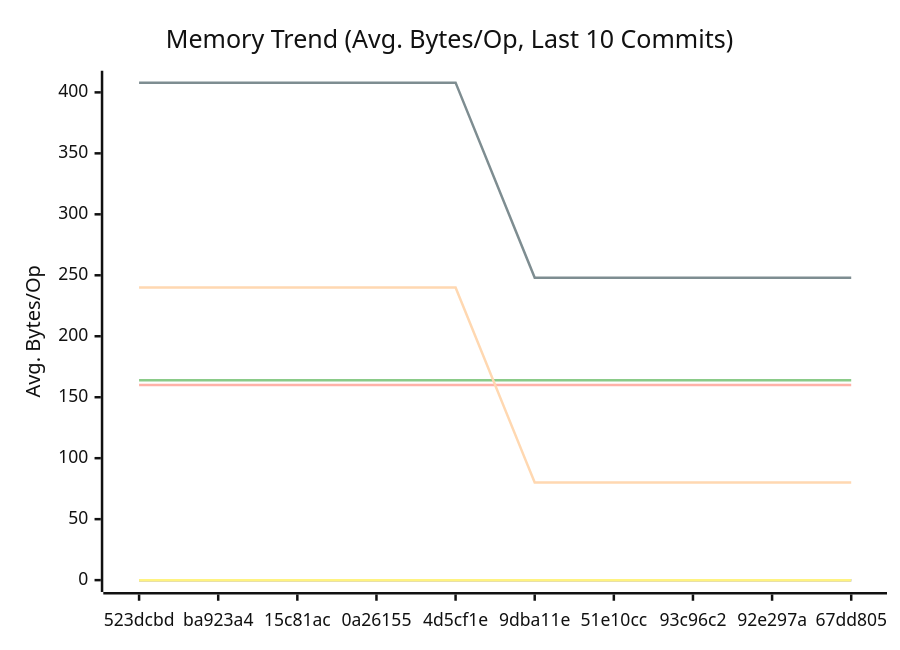
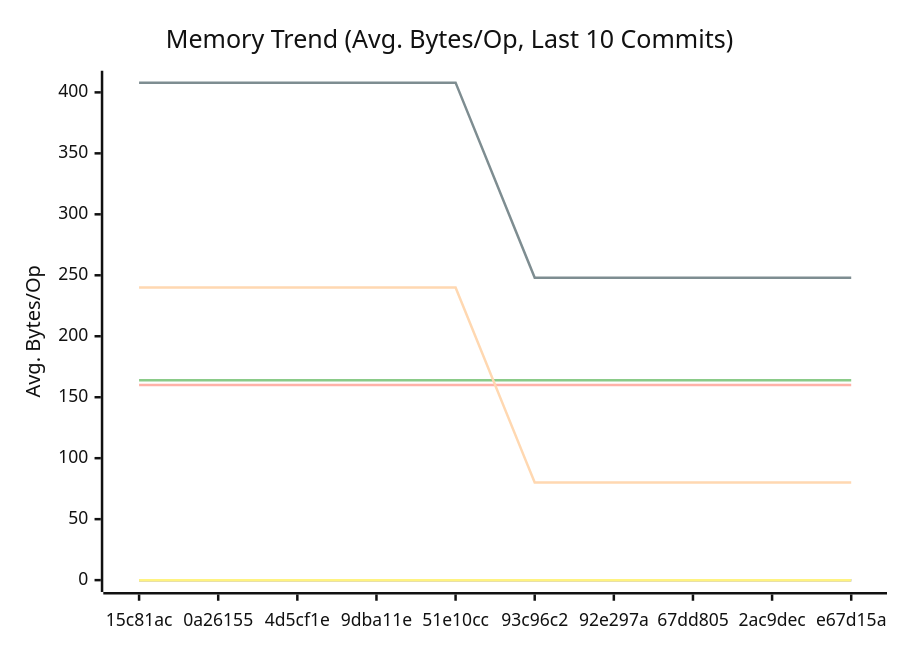
The second of 3 diagrams in docs/PERFORMANCE.md (alsotoes/momo), drawn with Mermaid (neutral theme) before and after one commit. The commit also changed other lines of this file and 4 other files, not shown here.

````diff
--- a/docs/PERFORMANCE.md
+++ b/docs/PERFORMANCE.md
@@ -97,16 +97,16 @@
 ```mermaid
 xychart-beta
     title "Memory Trend (Avg. Bytes/Op, Last 10 Commits)"
     x-axis "Commit"
     y-axis "Avg. Bytes/Op"
-    x-axis [523dcbd,ba923a4,15c81ac,0a26155,4d5cf1e,9dba11e,51e10cc,93c96c2,92e297a,67dd805]
+    x-axis [15c81ac,0a26155,4d5cf1e,9dba11e,51e10cc,93c96c2,92e297a,67dd805,2ac9dec,e67d15a]
     line "CheckMetricsAndSwap" [0,0,0,0,0,0,0,0,0,0]
     line "CrushOptimized" [0,0,0,0,0,0,0,0,0,0]
     line "CrushOriginal" [164,164,164,164,164,164,164,164,164,164]
     line "IndexDirectTracking" [0,0,0,0,0,0,0,0,0,0]
     line "IndexSearch" [0,0,0,0,0,0,0,0,0,0]
     line "LoadGlobalConfig" [160,160,160,160,160,160,160,160,160,160]
     line "PadString" [0,0,0,0,0,0,0,0,0,0]
     line "ParseReplicationOrder_NoPrealloc" [408,408,408,408,408,248,248,248,248,248]
     line "ParseReplicationOrder_Prealloc" [240,240,240,240,240,80,80,80,80,80]
 ```
````
